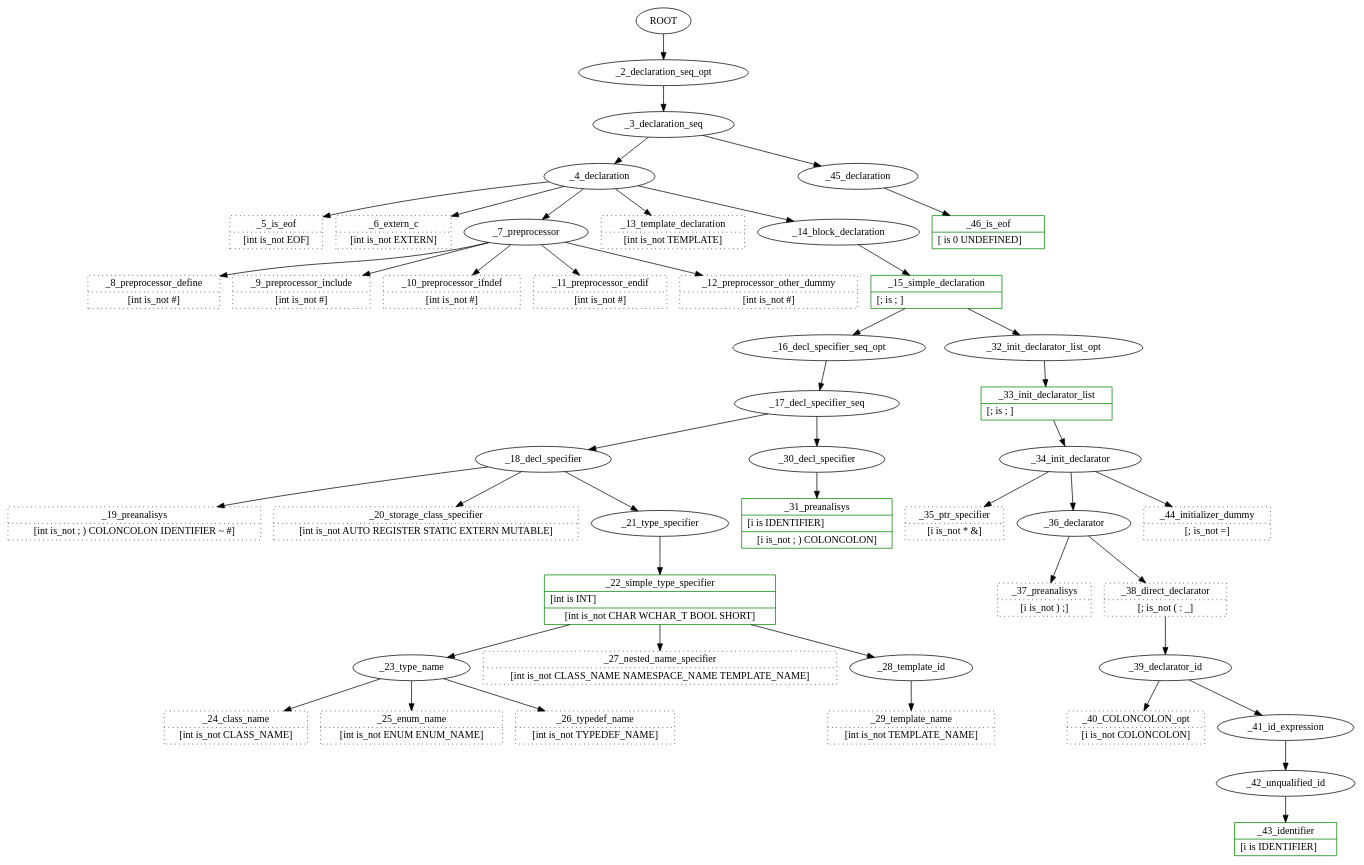
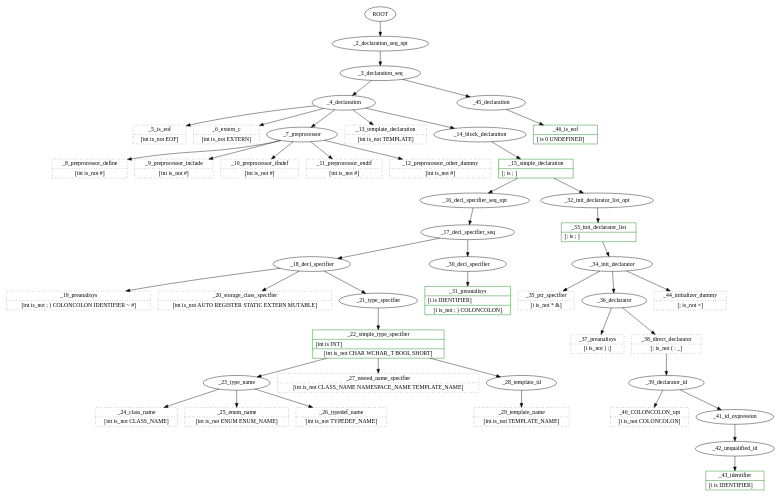
The diagram in programmer_manual/chapter_architecture/examples/trace_book_01.cpp.gv (fructu/abidos_cpp_doc), drawn with Graphviz before and after one commit. The commit also changed 1 other file, not shown here.

Commit message:
added size to trace file .gv

```diff
--- a/programmer_manual/chapter_architecture/examples/trace_book_01.cpp.gv
+++ b/programmer_manual/chapter_architecture/examples/trace_book_01.cpp.gv
@@ -1,108 +1,110 @@
 /*
  cat /home/hevia/working/abidos/processor/test_out//trace_book_01.cpp.gv | dot -Tpng > /home/hevia/working/abidos/processor/test_out//trace_book_01.cpp.gv.png
 */
 digraph G {
 //        fontname = "Bitstream Vera Sans"
 //        fontname = "Technic"
 //        fontsize = 8
+
+        size="15,30!"
 
         node [
 //                fontname = "Technic"
 //                fontsize = 10
         ]
 
         edge [
 //                fontname = "Technic"
 //                fontsize = 10
         ]
 
   ROOT[label="ROOT"]  _3_declaration_seq[label="_3_declaration_seq"]
   _4_declaration[label="_4_declaration"]
   _5_is_eof[label="{_5_is_eof|[int\ is_not EOF]}", shape="record", color=black, style=dotted]
   _6_extern_c[label="{_6_extern_c|[int\ is_not EXTERN]}", shape="record", color=black, style=dotted]
   _7_preprocessor[label="_7_preprocessor"]
   _8_preprocessor_define[label="{_8_preprocessor_define|[int\ is_not #]}", shape="record", color=black, style=dotted]
   _9_preprocessor_include[label="{_9_preprocessor_include|[int\ is_not #]}", shape="record", color=black, style=dotted]
   _10_preprocessor_ifndef[label="{_10_preprocessor_ifndef|[int\ is_not #]}", shape="record", color=black, style=dotted]
   _11_preprocessor_endif[label="{_11_preprocessor_endif|[int\ is_not #]}", shape="record", color=black, style=dotted]
   _12_preprocessor_other_dummy[label="{_12_preprocessor_other_dummy|[int\ is_not #]}", shape="record", color=black, style=dotted]
   _13_template_declaration[label="{_13_template_declaration|[int\ is_not TEMPLATE]}", shape="record", color=black, style=dotted]
   _14_block_declaration[label="_14_block_declaration"]
   _15_simple_declaration[label="{_15_simple_declaration|[; is  ; ]\l}", shape="record", color=green]
   _16_decl_specifier_seq_opt[label="_16_decl_specifier_seq_opt"]
   _17_decl_specifier_seq[label="_17_decl_specifier_seq"]
   _18_decl_specifier[label="_18_decl_specifier"]
   _19_preanalisys[label="{_19_preanalisys|[int\ is_not ;\ )\ COLONCOLON\ IDENTIFIER\ ~\ #]}", shape="record", color=black, style=dotted]
   _20_storage_class_specifier[label="{_20_storage_class_specifier|[int\ is_not AUTO\ REGISTER\ STATIC\ EXTERN\ MUTABLE]}", shape="record", color=black, style=dotted]
   _21_type_specifier[label="_21_type_specifier"]
   _22_simple_type_specifier[label="{_22_simple_type_specifier|[int is INT]\l|[int\ is_not CHAR\ WCHAR_T\ BOOL\ SHORT]}", shape="record", color=green]
   _23_type_name[label="_23_type_name"]
   _24_class_name[label="{_24_class_name|[int\ is_not CLASS_NAME]}", shape="record", color=black, style=dotted]
   _25_enum_name[label="{_25_enum_name|[int\ is_not ENUM\ ENUM_NAME]}", shape="record", color=black, style=dotted]
   _26_typedef_name[label="{_26_typedef_name|[int\ is_not TYPEDEF_NAME]}", shape="record", color=black, style=dotted]
   _27_nested_name_specifier[label="{_27_nested_name_specifier|[int\ is_not CLASS_NAME\ NAMESPACE_NAME\ TEMPLATE_NAME]}", shape="record", color=black, style=dotted]
   _28_template_id[label="_28_template_id"]
   _29_template_name[label="{_29_template_name|[int\ is_not TEMPLATE_NAME]}", shape="record", color=black, style=dotted]
   _30_decl_specifier[label="_30_decl_specifier"]
   _31_preanalisys[label="{_31_preanalisys|[i is IDENTIFIER]\l|[i\ is_not ;\ )\ COLONCOLON]}", shape="record", color=green]
   _32_init_declarator_list_opt[label="_32_init_declarator_list_opt"]
   _33_init_declarator_list[label="{_33_init_declarator_list|[; is  ; ]\l}", shape="record", color=green]
   _34_init_declarator[label="_34_init_declarator"]
   _35_ptr_specifier[label="{_35_ptr_specifier|[i\ is_not *\ &]}", shape="record", color=black, style=dotted]
   _36_declarator[label="_36_declarator"]
   _37_preanalisys[label="{_37_preanalisys|[i\ is_not )\ ;]}", shape="record", color=black, style=dotted]
   _38_direct_declarator[label="{_38_direct_declarator|[;\ is_not (\ \:\ \_]}", shape="record", color=black, style=dotted]
   _39_declarator_id[label="_39_declarator_id"]
   _40_COLONCOLON_opt[label="{_40_COLONCOLON_opt|[i\ is_not COLONCOLON]}", shape="record", color=black, style=dotted]
   _41_id_expression[label="_41_id_expression"]
   _42_unqualified_id[label="_42_unqualified_id"]
   _43_identifier[label="{_43_identifier|[i is IDENTIFIER]\l}", shape="record", color=green]
   _44_initializer_dummy[label="{_44_initializer_dummy|[;\ is_not =]}", shape="record", color=black, style=dotted]
   _45_declaration[label="_45_declaration"]
   _46_is_eof[label="{_46_is_eof|[ is 0 UNDEFINED]\l}", shape="record", color=green]
   ROOT->_2_declaration_seq_opt;
   _2_declaration_seq_opt->_3_declaration_seq;
   _3_declaration_seq->_4_declaration;
   _4_declaration->_5_is_eof;
   _4_declaration->_6_extern_c;
   _4_declaration->_7_preprocessor;
   _7_preprocessor->_8_preprocessor_define;
   _7_preprocessor->_9_preprocessor_include;
   _7_preprocessor->_10_preprocessor_ifndef;
   _7_preprocessor->_11_preprocessor_endif;
   _7_preprocessor->_12_preprocessor_other_dummy;
   _4_declaration->_13_template_declaration;
   _4_declaration->_14_block_declaration;
   _14_block_declaration->_15_simple_declaration;
   _15_simple_declaration->_16_decl_specifier_seq_opt;
   _16_decl_specifier_seq_opt->_17_decl_specifier_seq;
   _17_decl_specifier_seq->_18_decl_specifier;
   _18_decl_specifier->_19_preanalisys;
   _18_decl_specifier->_20_storage_class_specifier;
   _18_decl_specifier->_21_type_specifier;
   _21_type_specifier->_22_simple_type_specifier;
   _22_simple_type_specifier->_23_type_name;
   _23_type_name->_24_class_name;
   _23_type_name->_25_enum_name;
   _23_type_name->_26_typedef_name;
   _22_simple_type_specifier->_27_nested_name_specifier;
   _22_simple_type_specifier->_28_template_id;
   _28_template_id->_29_template_name;
   _17_decl_specifier_seq->_30_decl_specifier;
   _30_decl_specifier->_31_preanalisys;
   _15_simple_declaration->_32_init_declarator_list_opt;
   _32_init_declarator_list_opt->_33_init_declarator_list;
   _33_init_declarator_list->_34_init_declarator;
   _34_init_declarator->_35_ptr_specifier;
   _34_init_declarator->_36_declarator;
   _36_declarator->_37_preanalisys;
   _36_declarator->_38_direct_declarator;
   _38_direct_declarator->_39_declarator_id;
   _39_declarator_id->_40_COLONCOLON_opt;
   _39_declarator_id->_41_id_expression;
   _41_id_expression->_42_unqualified_id;
   _42_unqualified_id->_43_identifier;
   _34_init_declarator->_44_initializer_dummy;
   _3_declaration_seq->_45_declaration;
   _45_declaration->_46_is_eof;
 }
```
